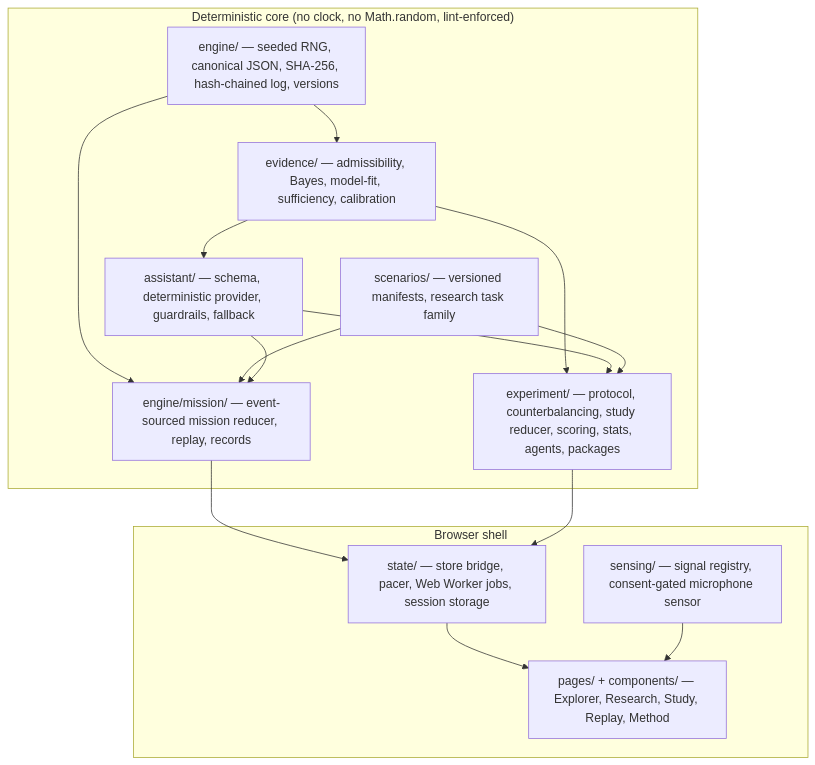
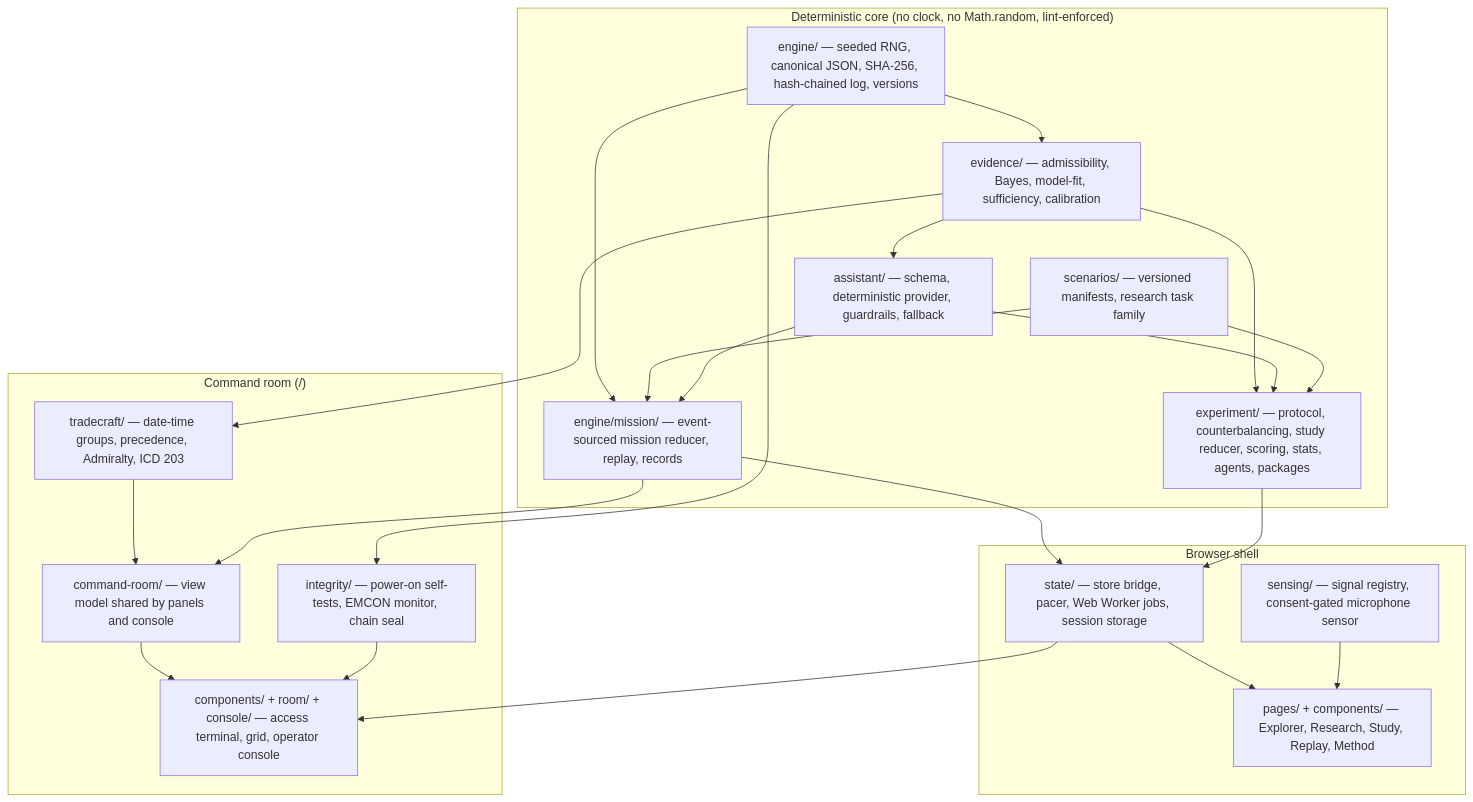
One commit to topherchris420/orpheus-resonance-protocol changed the diagram in docs/ARCHITECTURE.md. Above: the diagram before and after it, drawn with Mermaid. The commit also changed other lines of this file and 4 other files, not shown here.

First line of the commit message:
Document the restored terminal room and its engineering

````diff
--- a/docs/ARCHITECTURE.md
+++ b/docs/ARCHITECTURE.md
@@ -17,26 +17,36 @@
 ```mermaid
 flowchart TB
   subgraph core["Deterministic core (no clock, no Math.random, lint-enforced)"]
     prim["engine/ — seeded RNG, canonical JSON, SHA-256, hash-chained log, versions"]
     evid["evidence/ — admissibility, Bayes, model-fit, sufficiency, calibration"]
     asst["assistant/ — schema, deterministic provider, guardrails, fallback"]
     scen["scenarios/ — versioned manifests, research task family"]
     mission["engine/mission/ — event-sourced mission reducer, replay, records"]
     exp["experiment/ — protocol, counterbalancing, study reducer, scoring, stats, agents, packages"]
   end
   subgraph shell["Browser shell"]
     store["state/ — store bridge, pacer, Web Worker jobs, session storage"]
     sense["sensing/ — signal registry, consent-gated microphone sensor"]
     ui["pages/ + components/ — Explorer, Research, Study, Replay, Method"]
   end
+  subgraph room["Command room (/)"]
+    trade["tradecraft/ — date-time groups, precedence, Admiralty, ICD 203"]
+    integ["integrity/ — power-on self-tests, EMCON monitor, chain seal"]
+    model["command-room/ — view model shared by panels and console"]
+    term["components/ + room/ + console/ — access terminal, grid, operator console"]
+  end
   prim --> evid --> asst
   prim --> mission
   scen --> mission
   asst --> mission
   evid --> exp
   asst --> exp
   scen --> exp
   mission --> store --> ui
   exp --> store
   sense --> ui
+  evid --> trade --> model
+  mission --> model --> term
+  store --> term
+  prim --> integ --> term
 ```
````
